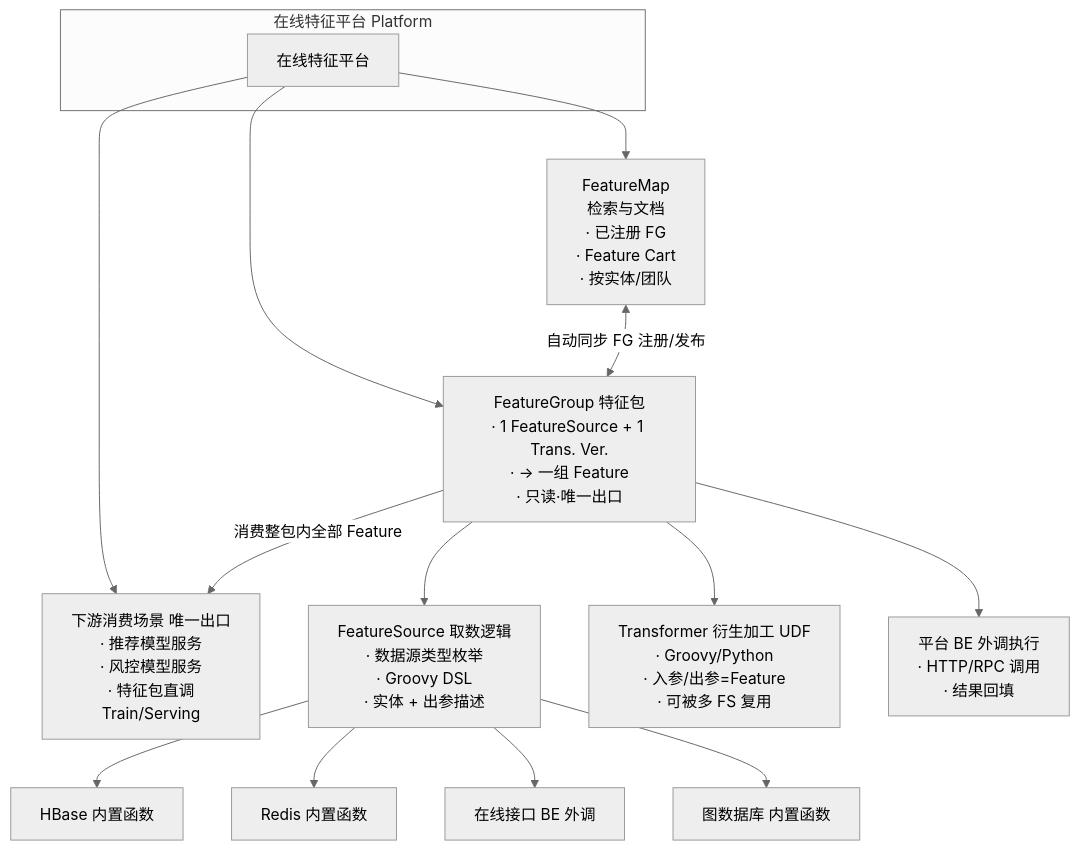
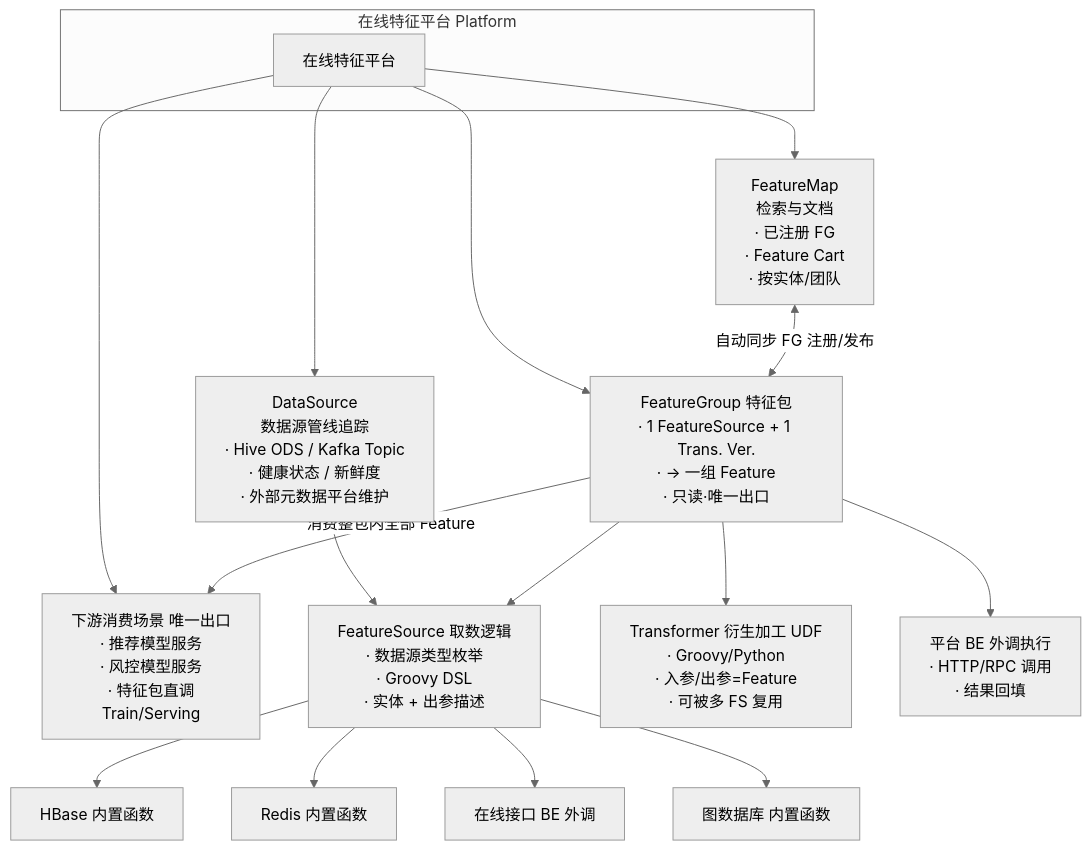
Before and after one commit to Cedric-Chan/FeatureStore: the first of 3 diagrams in docs/architecture/在线特征平台架构说明.md, drawn with Mermaid (neutral theme). The commit also changed other lines of this file and 7 other files, not shown here.

First line of the commit message:
feat: add DataSource module, Feature Logic Modal, Asset Lineage

````diff
--- a/docs/architecture/在线特征平台架构说明.md
+++ b/docs/architecture/在线特征平台架构说明.md
@@ -21,32 +21,35 @@
 ```mermaid
 flowchart TB
   subgraph platform [在线特征平台 Platform]
     PlatformNode[在线特征平台]
   end
 
   FeatureMap["FeatureMap<br/>检索与文档<br/>· 已注册 FG<br/>· Feature Cart<br/>· 按实体/团队"]
   FeatureGroup["FeatureGroup 特征包<br/>· 1 FeatureSource + 1 Trans. Ver.<br/>· → 一组 Feature<br/>· 只读·唯一出口"]
   Downstream["下游消费场景 唯一出口<br/>· 推荐模型服务<br/>· 风控模型服务<br/>· 特征包直调<br/>Train/Serving"]
+  DataSource["DataSource<br/>数据源管线追踪<br/>· Hive ODS / Kafka Topic<br/>· 健康状态 / 新鲜度<br/>· 外部元数据平台维护"]
 
   FeatureSource["FeatureSource 取数逻辑<br/>· 数据源类型枚举<br/>· Groovy DSL<br/>· 实体 + 出参描述"]
   Transformer["Transformer 衍生加工 UDF<br/>· Groovy/Python<br/>· 入参/出参=Feature<br/>· 可被多 FS 复用"]
   PlatformBE["平台 BE 外调执行<br/>· HTTP/RPC 调用<br/>· 结果回填"]
 
   HBase["HBase 内置函数"]
   Redis["Redis 内置函数"]
   OnlineAPI["在线接口 BE 外调"]
   GraphDB["图数据库 内置函数"]
 
   PlatformNode --> FeatureMap
   PlatformNode --> FeatureGroup
   PlatformNode --> Downstream
+  PlatformNode --> DataSource
+  DataSource --> FeatureSource
   FeatureGroup -->|"消费整包内全部 Feature"| Downstream
   FeatureMap <-->|"自动同步 FG 注册/发布"| FeatureGroup
   FeatureGroup --> FeatureSource
   FeatureGroup --> Transformer
   FeatureGroup --> PlatformBE
   FeatureSource --> HBase
   FeatureSource --> Redis
   FeatureSource --> OnlineAPI
   FeatureSource --> GraphDB
 ```
````
